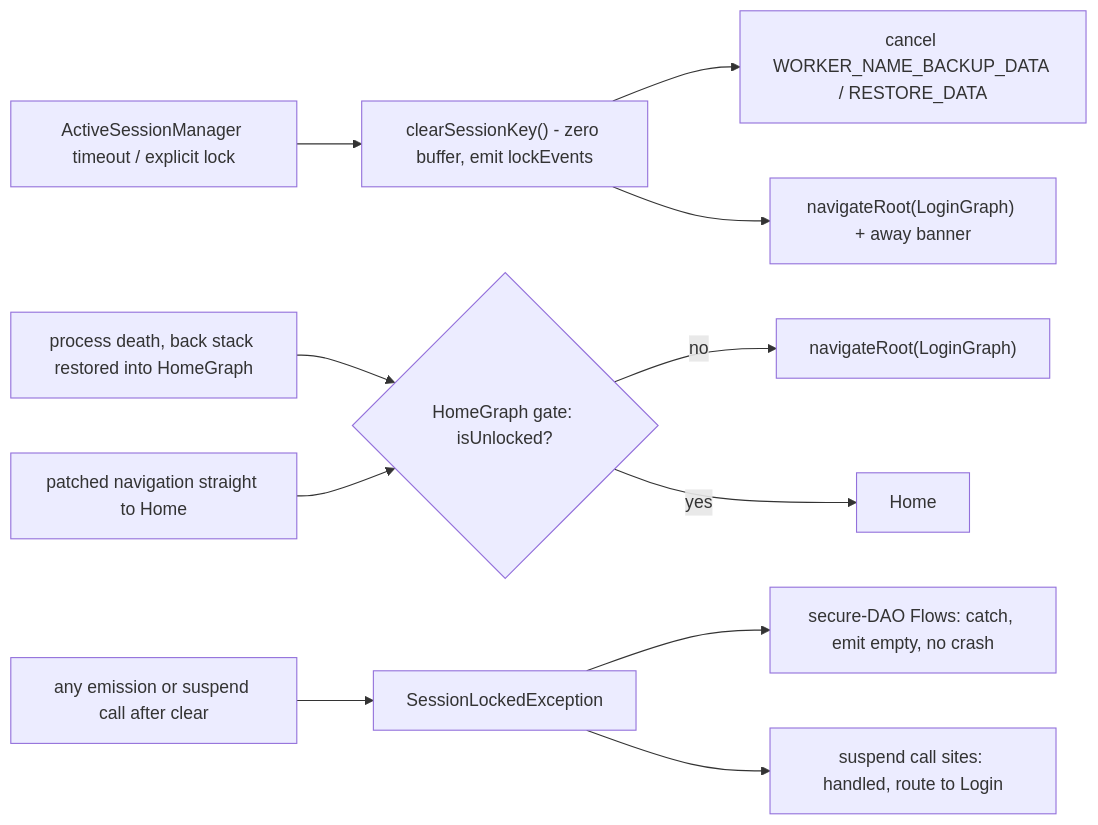
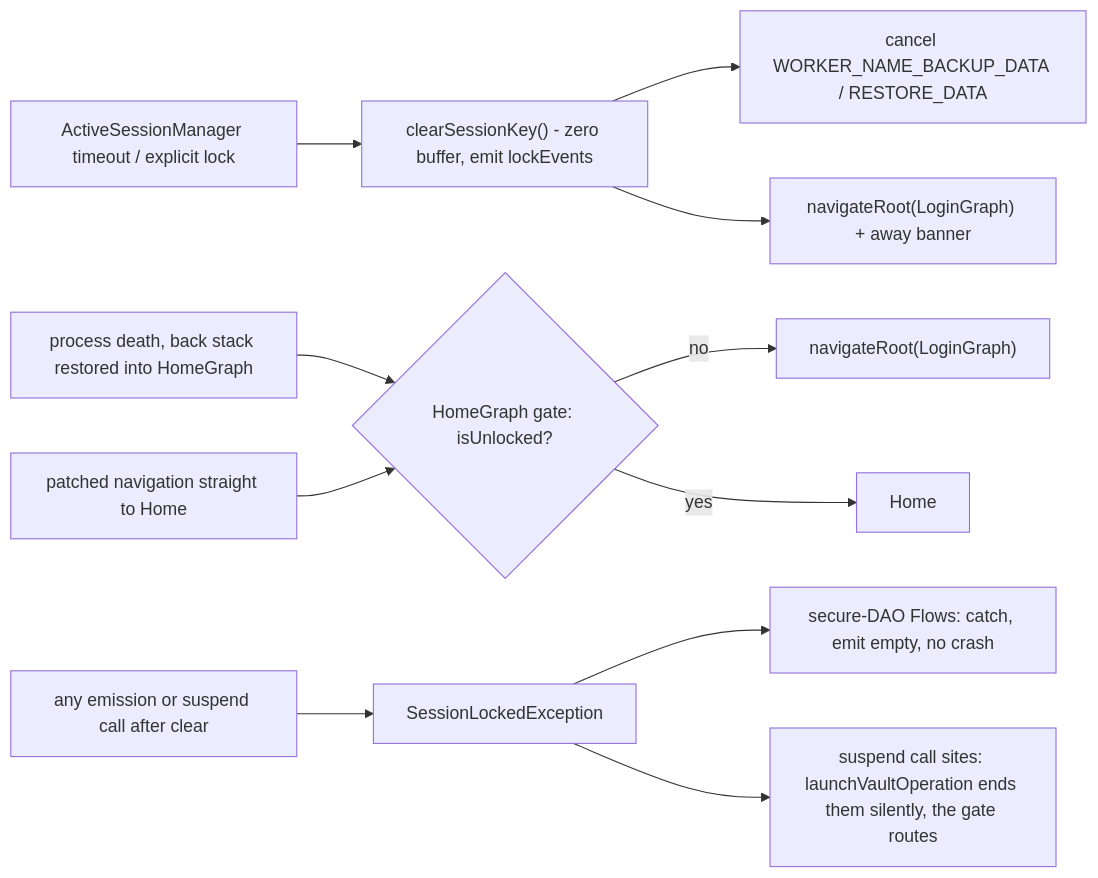
Diagram 14 of 23 in docs/design/envelope-encryption.md (Ni3verma/Safe-Box), drawn with Mermaid before and after one commit. The commit also changed other lines of this file and 86 other files, not shown here.

````diff
--- a/docs/design/envelope-encryption.md
+++ b/docs/design/envelope-encryption.md
@@ -810,13 +812,13 @@
 ```mermaid
 flowchart LR
     T["ActiveSessionManager timeout / explicit lock"] --> C["clearSessionKey() - zero buffer, emit lockEvents"]
     C --> W["cancel WORKER_NAME_BACKUP_DATA / RESTORE_DATA"]
     C --> N["navigateRoot(LoginGraph) + away banner"]
     PD["process death, back stack restored into HomeGraph"] --> G{"HomeGraph gate: isUnlocked?"}
     BY["patched navigation straight to Home"] --> G
     G -->|"no"| N2["navigateRoot(LoginGraph)"]
     G -->|"yes"| HOME["Home"]
     F["any emission or suspend call after clear"] --> X["SessionLockedException"]
     X --> FC["secure-DAO Flows: catch, emit empty, no crash"]
-    X --> SC["suspend call sites: handled, route to Login"]
+    X --> SC["suspend call sites: launchVaultOperation ends them silently, the gate routes"]
 ```
````
